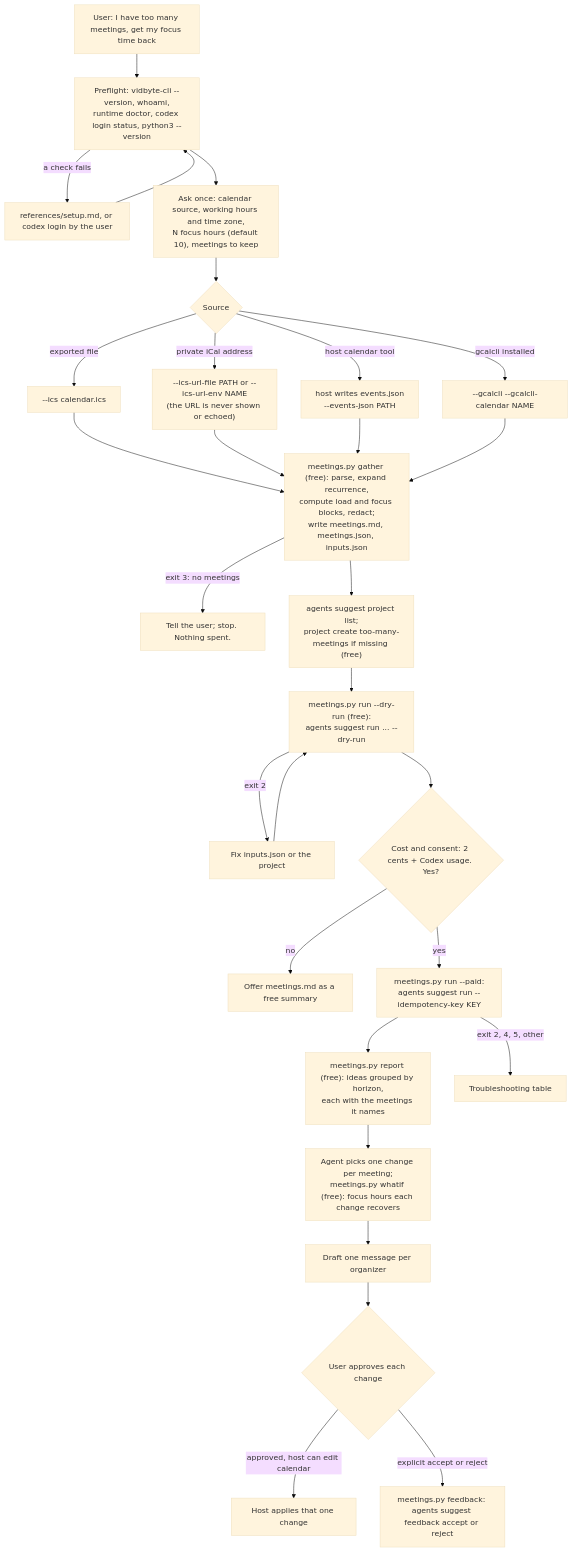
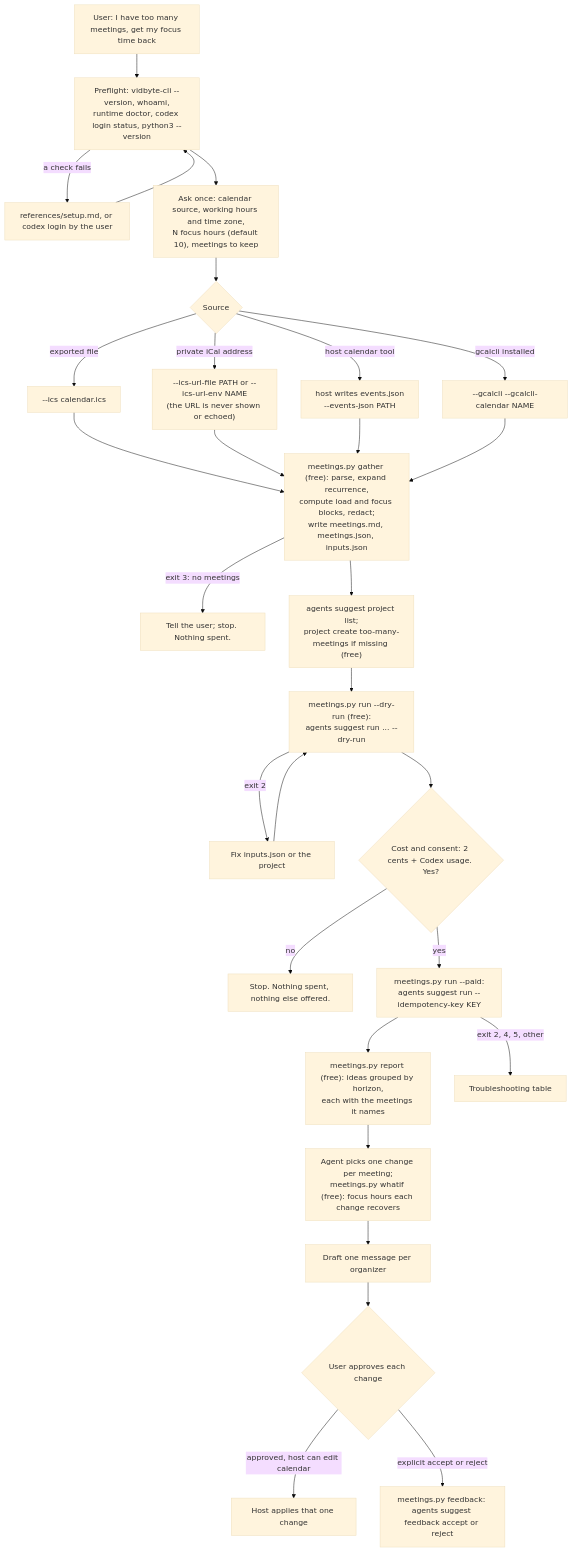
The diagram in docs/design/too-many-meetings.md (cerredz/vidbyte-cli), drawn with Mermaid (base theme) before and after one commit. The commit also changed 69 other files, not shown here.

````diff
--- a/docs/design/too-many-meetings.md
+++ b/docs/design/too-many-meetings.md
@@ -29,26 +29,26 @@
 ```mermaid
 flowchart TD
     A["User: I have too many meetings, get my focus time back"] --> B["Preflight: vidbyte-cli --version, whoami,<br/>runtime doctor, codex login status, python3 --version"]
     B -->|a check fails| S["references/setup.md, or codex login by the user"] --> B
     B --> Q["Ask once: calendar source, working hours and time zone,<br/>N focus hours (default 10), meetings to keep"]
     Q --> SRC{"Source"}
     SRC -->|exported file| F1["--ics calendar.ics"]
     SRC -->|private iCal address| F2["--ics-url-file PATH or --ics-url-env NAME<br/>(the URL is never shown or echoed)"]
     SRC -->|host calendar tool| F3["host writes events.json<br/>--events-json PATH"]
     SRC -->|gcalcli installed| F4["--gcalcli --gcalcli-calendar NAME"]
     F1 & F2 & F3 & F4 --> G["meetings.py gather (free): parse, expand recurrence,<br/>compute load and focus blocks, redact;<br/>write meetings.md, meetings.json, inputs.json"]
     G -->|exit 3: no meetings| Z["Tell the user; stop. Nothing spent."]
     G --> P["agents suggest project list;<br/>project create too-many-meetings if missing (free)"]
     P --> D["meetings.py run --dry-run (free):<br/>agents suggest run ... --dry-run"]
     D -->|exit 2| E["Fix inputs.json or the project"] --> D
     D --> C{"Cost and consent: 2 cents + Codex usage. Yes?"}
-    C -->|no| Z2["Offer meetings.md as a free summary"]
+    C -->|no| Z2["Stop. Nothing spent, nothing else offered."]
     C -->|yes| R["meetings.py run --paid:<br/>agents suggest run --idempotency-key KEY"]
     R --> RP["meetings.py report (free): ideas grouped by horizon,<br/>each with the meetings it names"]
     RP --> W["Agent picks one change per meeting;<br/>meetings.py whatif (free): focus hours each change recovers"]
     W --> M["Draft one message per organizer"]
     M --> AP{"User approves each change"}
     AP -->|approved, host can edit calendar| AC["Host applies that one change"]
     AP -->|explicit accept or reject| FB["meetings.py feedback: agents suggest feedback accept or reject"]
     R -->|exit 2, 4, 5, other| T["Troubleshooting table"]
 ```
````
